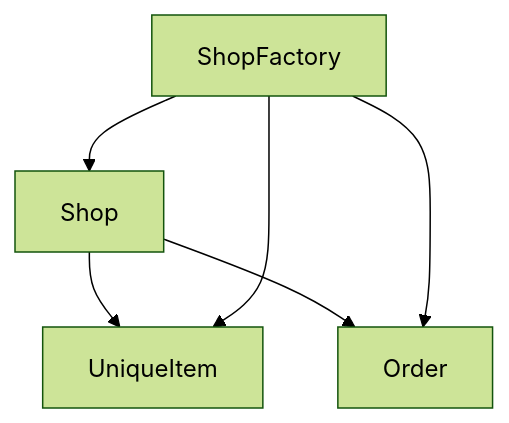
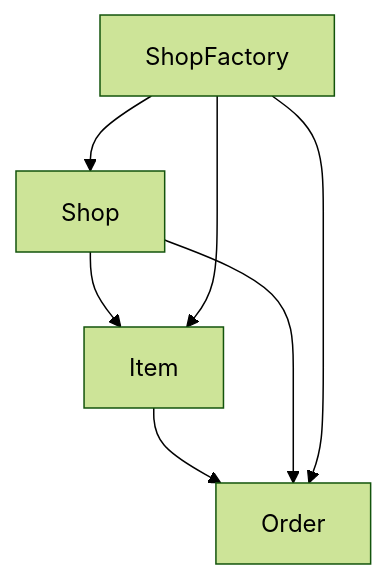
Before and after one commit to perekoshik/perekoshik.github.io: the second of 2 diagrams in build/ShopFactory/tact_ShopFactory.md, drawn with Mermaid (forest theme). The commit also changed other lines of this file and 256 other files, not shown here.

````diff
--- a/build/ShopFactory/tact_ShopFactory.md
+++ b/build/ShopFactory/tact_ShopFactory.md
@@ -204,9 +214,10 @@
 ```mermaid
 graph TD
 ShopFactory
 ShopFactory --> Shop
-Shop --> UniqueItem
+Shop --> Item
+Item --> Order
 Shop --> Order
-ShopFactory --> UniqueItem
+ShopFactory --> Item
 ShopFactory --> Order
 ```
````
